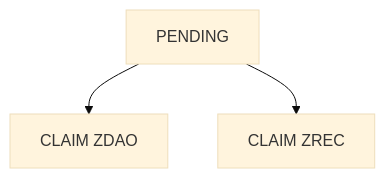
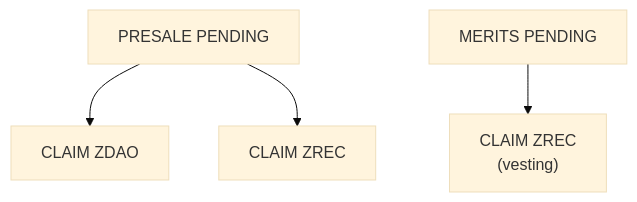
The first of 3 diagrams in docs/business-logic/02-foundational-phase.md (blockvault-ai/zero-energy), drawn with Mermaid (base theme) before and after one commit. The commit also changed other lines of this file and 3 other files, not shown here.

Commit message:
docs: modelo de 2 ramas en ciclo operativo — Mérits solo convierte a ZREC con vesting (v3.3)

````diff
--- a/docs/business-logic/02-foundational-phase.md
+++ b/docs/business-logic/02-foundational-phase.md
@@ -47,5 +47,6 @@
 ```mermaid
 flowchart TD
-    A[PENDING] --> B["CLAIM ZDAO"]
+    A[PRESALE PENDING] --> B["CLAIM ZDAO"]
     A --> C["CLAIM ZREC"]
+    M[MERITS PENDING] --> Z["CLAIM ZREC<br/>(vesting)"]
 ```
````
